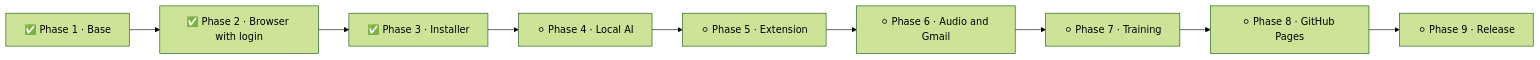
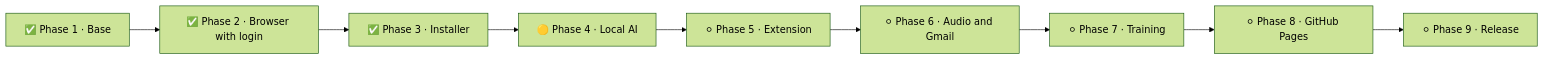
The diagram in wiki/Roadmap.md (fezarosa-dev/joBot), drawn with Mermaid (forest theme) before and after one commit. The commit also changed other lines of this file and 23 other files, not shown here.

````diff
--- a/wiki/Roadmap.md
+++ b/wiki/Roadmap.md
@@ -12,6 +12,6 @@
 ```mermaid
 flowchart LR
-    F1["✅ Phase 1 · Base"] --> F2["✅ Phase 2 · Browser with login"] --> F3["✅ Phase 3 · Installer"] --> F4["⚪ Phase 4 · Local AI"]
+    F1["✅ Phase 1 · Base"] --> F2["✅ Phase 2 · Browser with login"] --> F3["✅ Phase 3 · Installer"] --> F4["🟡 Phase 4 · Local AI"]
     F4 --> F5["⚪ Phase 5 · Extension"] --> F6["⚪ Phase 6 · Audio and Gmail"] --> F7["⚪ Phase 7 · Training"]
     F7 --> F8["⚪ Phase 8 · GitHub Pages"] --> F9["⚪ Phase 9 · Release"]
 ```
````
